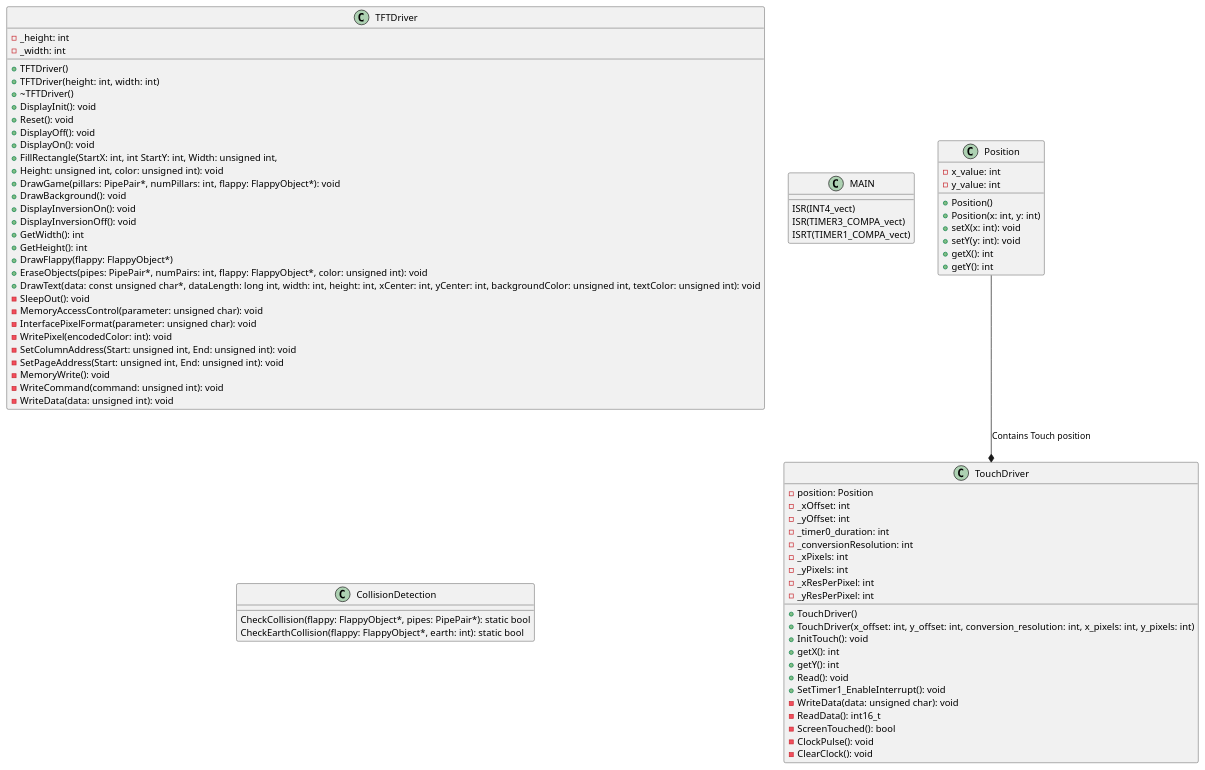
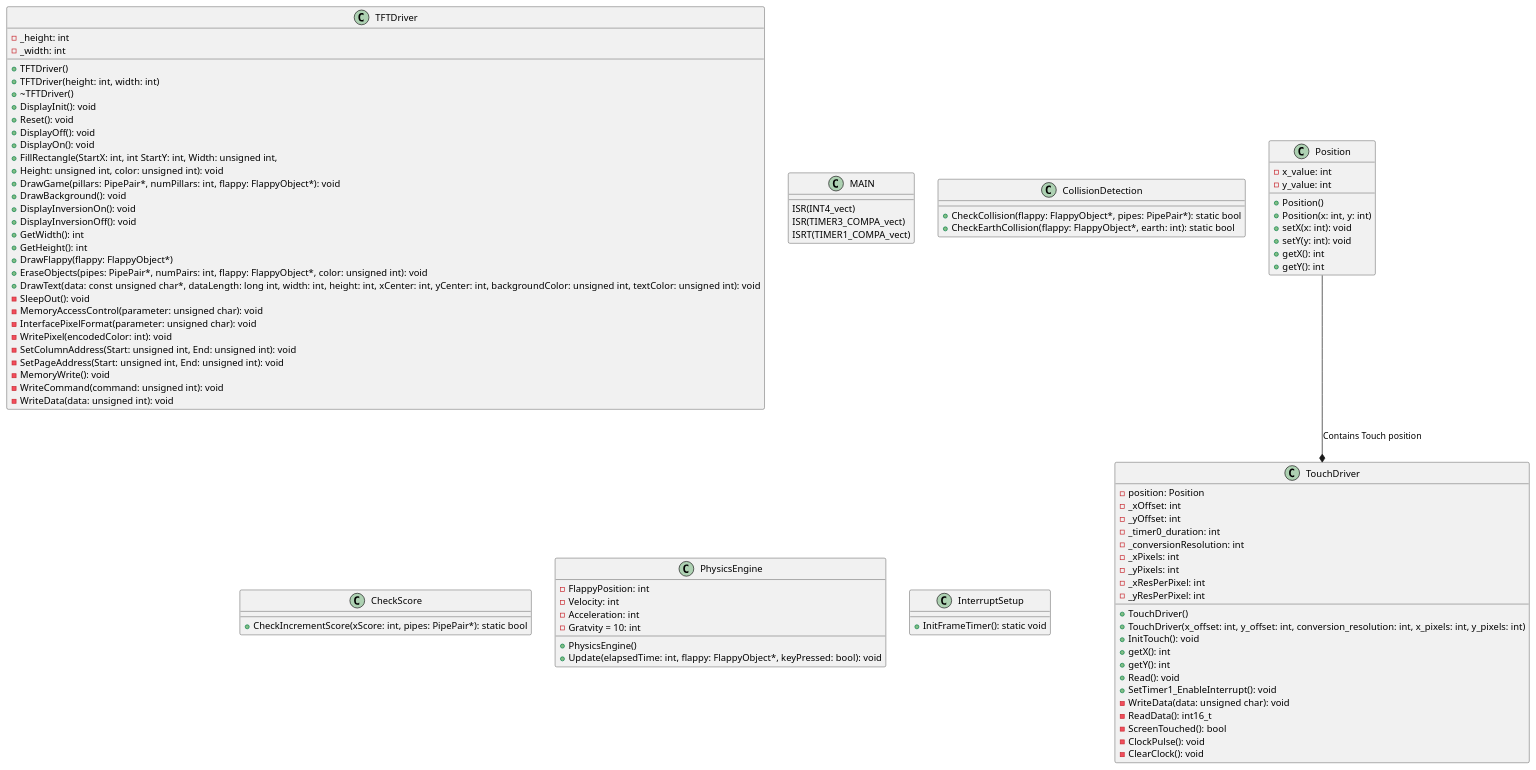
The diagram in Projekt/diagrams/FlappyBird.wsd (Valdemartt/AMS), drawn with PlantUML before and after one commit. The commit also changed 1 other file, not shown here.

```diff
--- a/Projekt/diagrams/FlappyBird.wsd
+++ b/Projekt/diagrams/FlappyBird.wsd
@@ -1,87 +1,106 @@
 @startuml
 class TFTDriver
 {
     +TFTDriver()
     +TFTDriver(height: int, width: int)
     +~TFTDriver()
     +DisplayInit(): void
     +Reset(): void
     +DisplayOff(): void
     +DisplayOn(): void
     +FillRectangle(StartX: int, int StartY: int, Width: unsigned int,
 	+Height: unsigned int, color: unsigned int): void
     +DrawGame(pillars: PipePair*, numPillars: int, flappy: FlappyObject*): void
     +DrawBackground(): void
     +DisplayInversionOn(): void
     +DisplayInversionOff(): void
     +GetWidth(): int
     +GetHeight(): int
     +DrawFlappy(flappy: FlappyObject*)
     +EraseObjects(pipes: PipePair*, numPairs: int, flappy: FlappyObject*, color: unsigned int): void
     +DrawText(data: const unsigned char*, dataLength: long int, width: int, height: int, xCenter: int, yCenter: int, backgroundColor: unsigned int, textColor: unsigned int): void
     -_height: int
     -_width: int
     -SleepOut(): void
     -MemoryAccessControl(parameter: unsigned char): void
     -InterfacePixelFormat(parameter: unsigned char): void
     -WritePixel(encodedColor: int): void
     -SetColumnAddress(Start: unsigned int, End: unsigned int): void
     -SetPageAddress(Start: unsigned int, End: unsigned int): void
     -MemoryWrite(): void
     -WriteCommand(command: unsigned int): void
     -WriteData(data: unsigned int): void
 }
 
 class TouchDriver
 {
     +TouchDriver()
     +TouchDriver(x_offset: int, y_offset: int, conversion_resolution: int, x_pixels: int, y_pixels: int)
     +InitTouch(): void
     +getX(): int
     +getY(): int
     +Read(): void
     +SetTimer1_EnableInterrupt(): void
     -WriteData(data: unsigned char): void
     -ReadData(): int16_t
     -ScreenTouched(): bool
     -ClockPulse(): void
     -ClearClock(): void
     -position: Position
     -_xOffset: int
     -_yOffset: int
     -_timer0_duration: int
     -_conversionResolution: int
     -_xPixels: int
     -_yPixels: int
     -_xResPerPixel: int
     -_yResPerPixel: int
 }
 
 class Position
 {
     +Position()
     +Position(x: int, y: int)
     +setX(x: int): void
     +setY(y: int): void
     +getX(): int
     +getY(): int
     -x_value: int
     -y_value: int
 }
 
 class MAIN
 {
     ISR(INT4_vect)
     ISR(TIMER3_COMPA_vect)
     ISRT(TIMER1_COMPA_vect)
 }
 
 class CollisionDetection
 {
-    CheckCollision(flappy: FlappyObject*, pipes: PipePair*): static bool
-    CheckEarthCollision(flappy: FlappyObject*, earth: int): static bool
+    +CheckCollision(flappy: FlappyObject*, pipes: PipePair*): static bool
+    +CheckEarthCollision(flappy: FlappyObject*, earth: int): static bool
 }
 
+class CheckScore
+{
+    +CheckIncrementScore(xScore: int, pipes: PipePair*): static bool
+}
+
+class PhysicsEngine
+{
+    +PhysicsEngine()
+    +Update(elapsedTime: int, flappy: FlappyObject*, keyPressed: bool): void
+    -FlappyPosition: int
+    -Velocity: int
+    -Acceleration: int
+    -Gratvity = 10: int
+}
+
+class InterruptSetup
+{
+    +InitFrameTimer(): static void
+}
 
 Position --* TouchDriver : Contains Touch position
 @enduml
```
